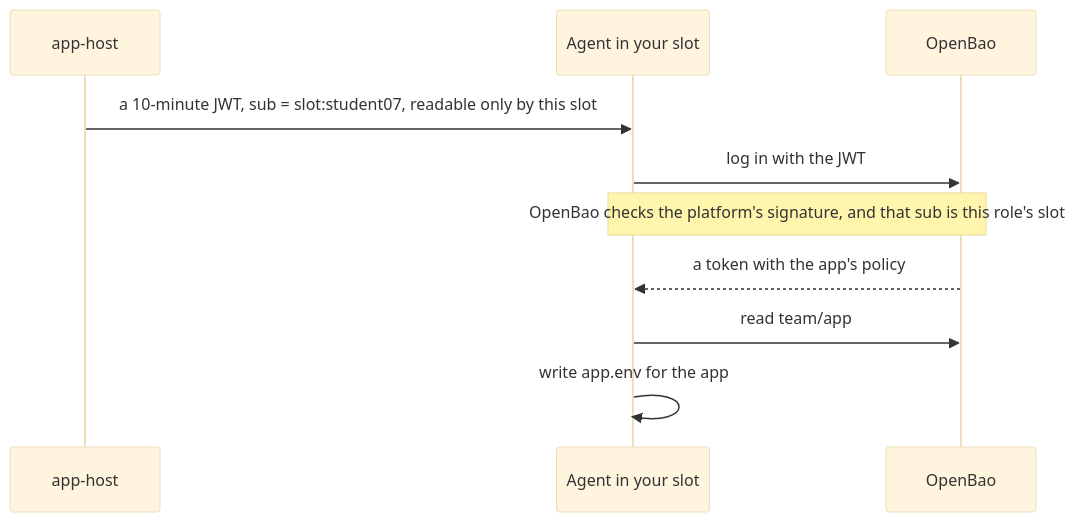
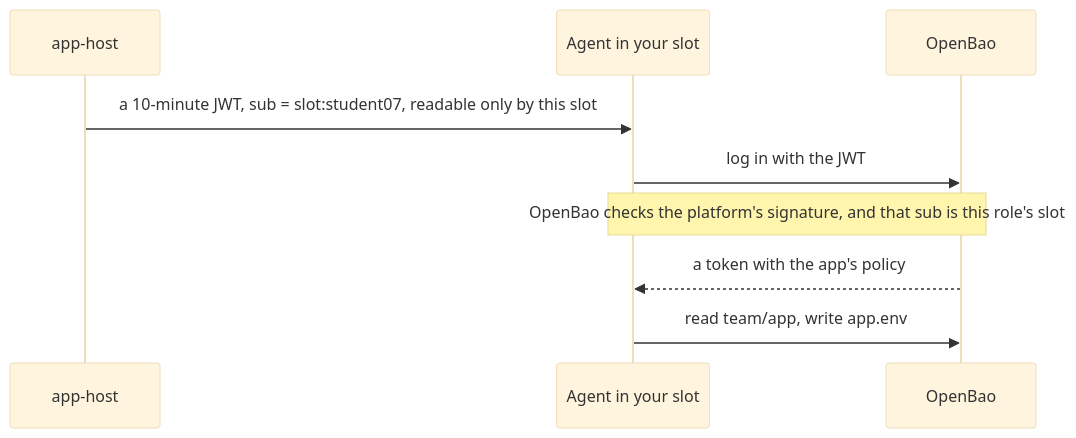
Diagram 19 of 22 in workshops/vault-fundamentals/content/slides/presentation.md (fiddler110/GitOps_Dojo), drawn with Mermaid (base theme) before and after one commit. The commit also changed other lines of this file and 2 other files, not shown here.

```diff
--- a/workshops/vault-fundamentals/content/slides/presentation.md
+++ b/workshops/vault-fundamentals/content/slides/presentation.md
@@ -1435,12 +1433,11 @@
 <div class="mermaid">
 sequenceDiagram
   participant P as app-host
   participant A as Agent in your slot
   participant B as OpenBao
   P->>A: a 10-minute JWT, sub = slot:student07, readable only by this slot
   A->>B: log in with the JWT
   Note over A,B: OpenBao checks the platform's signature, and that sub is this role's slot
   B-->>A: a token with the app's policy
-  A->>B: read team/app
-  A->>A: write app.env for the app
+  A->>B: read team/app, write app.env
 </div>
```
